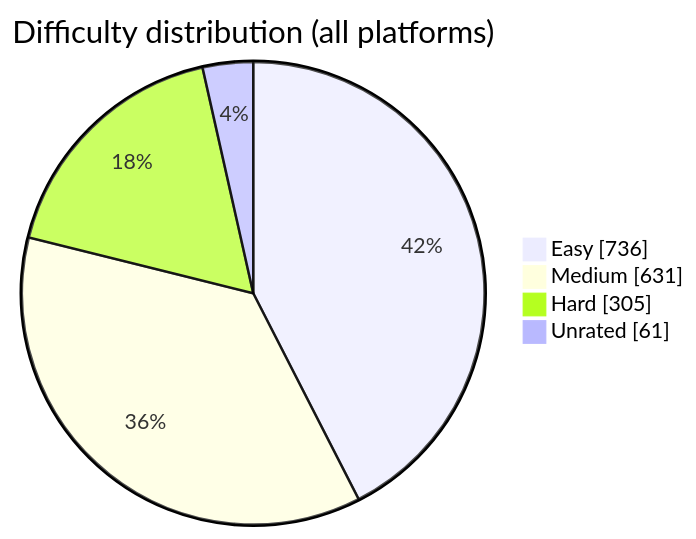
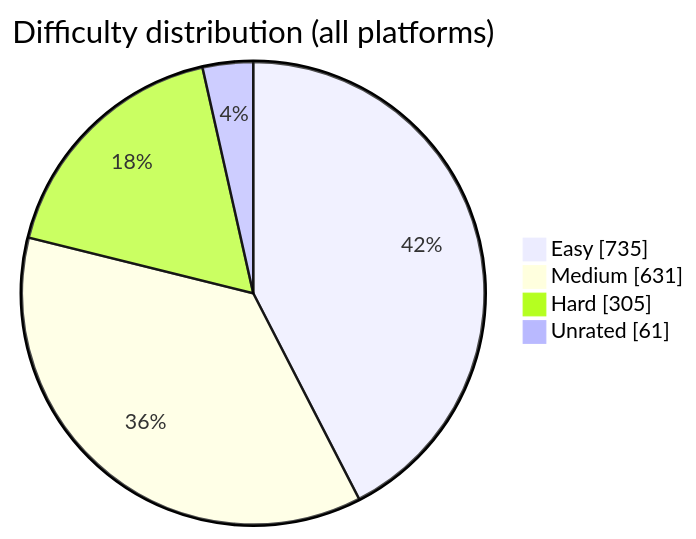
One commit to BuildbyArindam/Daily-Coding-Log changed the diagram in README.md. Above: the diagram before and after it, drawn with Mermaid. The commit also changed other lines of this file, not shown here.

````diff
--- a/README.md
+++ b/README.md
@@ -93,7 +93,7 @@
 ```mermaid
 pie showData title Difficulty distribution (all platforms)
-    "Easy" : 736
+    "Easy" : 735
     "Medium" : 631
     "Hard" : 305
     "Unrated" : 61
 ```
````
